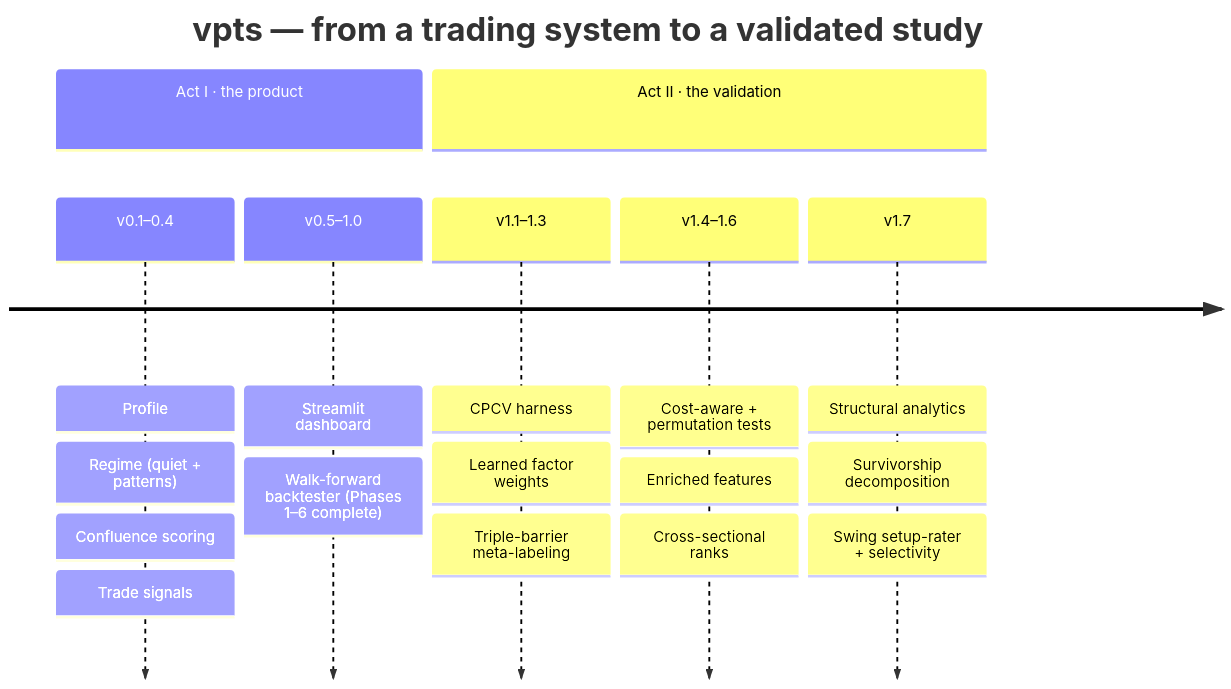
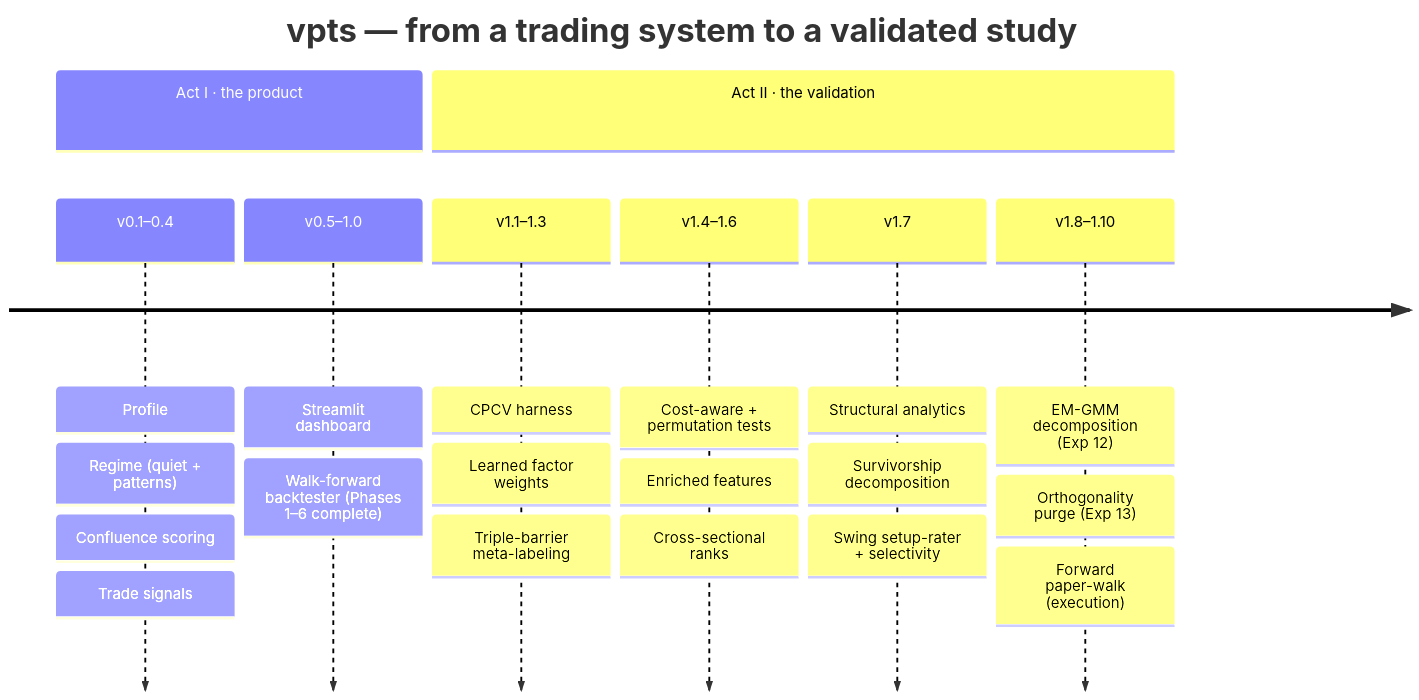
The third of 3 diagrams in README.md (RvL13Capital/Impfdireinen), drawn with Mermaid before and after one commit. The commit also changed other lines of this file, not shown here.

First line of the commit message:
docs: sync README to v1.10.0 — 13 experiments + the forward paper-walk (#5)

````diff
--- a/README.md
+++ b/README.md
@@ -207,11 +218,12 @@
 ```mermaid
 timeline
   title vpts — from a trading system to a validated study
   section Act I · the product
     v0.1–0.4 : Profile : Regime (quiet + patterns) : Confluence scoring : Trade signals
     v0.5–1.0 : Streamlit dashboard : Walk-forward backtester (Phases 1–6 complete)
   section Act II · the validation
     v1.1–1.3 : CPCV harness : Learned factor weights : Triple-barrier meta-labeling
     v1.4–1.6 : Cost-aware + permutation tests : Enriched features : Cross-sectional ranks
     v1.7 : Structural analytics : Survivorship decomposition : Swing setup-rater + selectivity
+    v1.8–1.10 : EM-GMM decomposition (Exp 12) : Orthogonality purge (Exp 13) : Forward paper-walk (execution)
 ```
````
